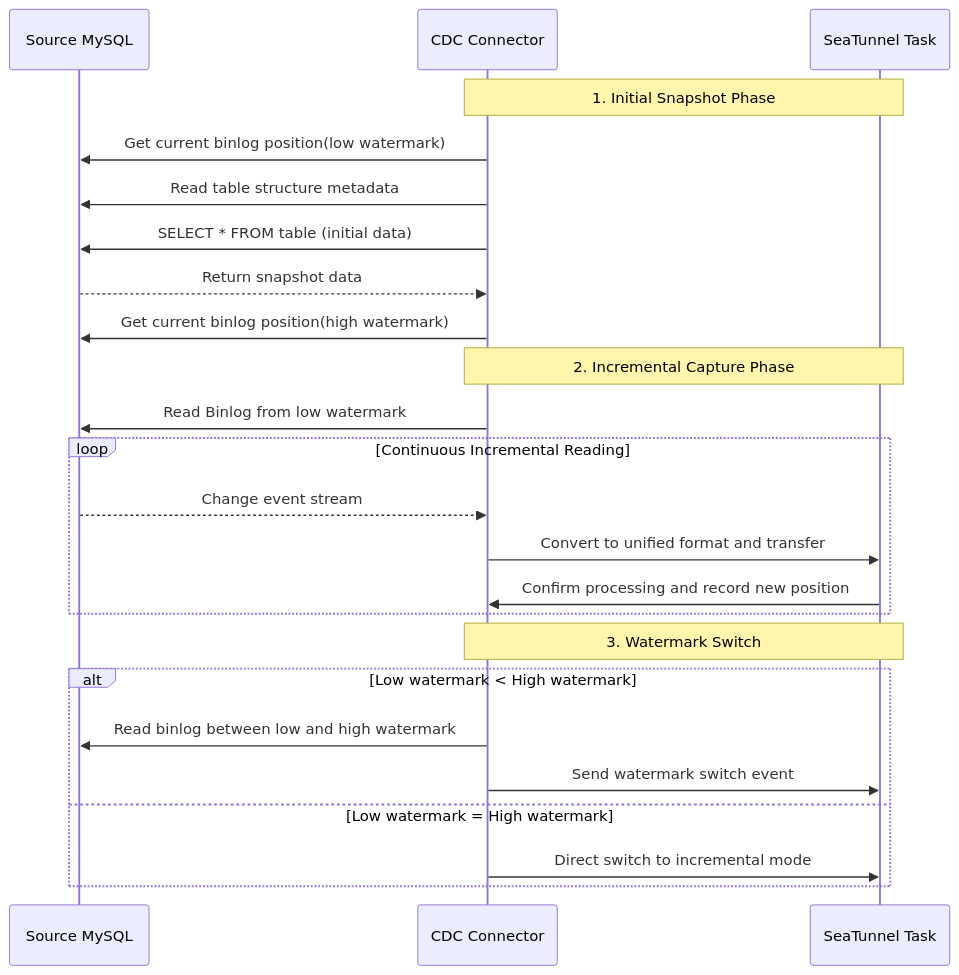
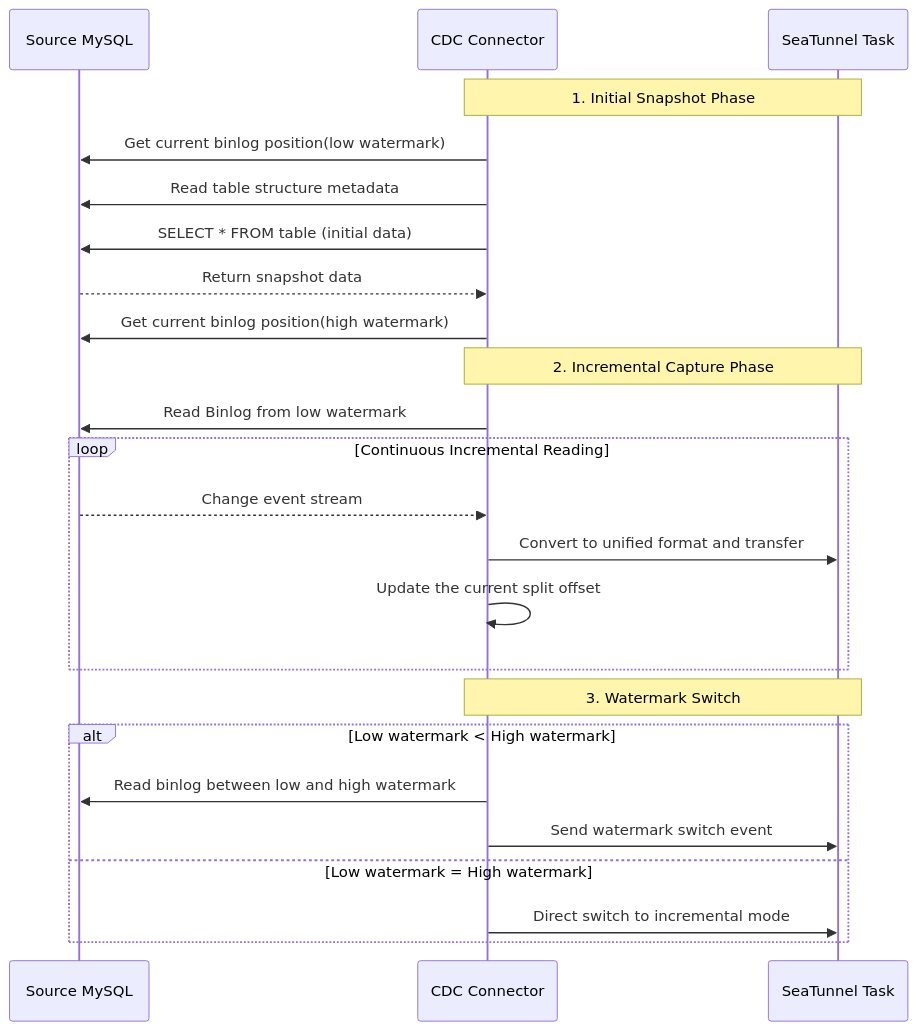
Before and after one commit to apache/seatunnel-website: the third of 8 diagrams in blog/2026-07-25-seatunnel-zero-loss-zero-duplication-data-consistency.md, drawn with Mermaid. The commit also changed other lines of this file and 1 other file, not shown here.

````diff
--- a/blog/2026-07-25-seatunnel-zero-loss-zero-duplication-data-consistency.md
+++ b/blog/2026-07-25-seatunnel-zero-loss-zero-duplication-data-consistency.md
@@ -134,29 +140,29 @@
 ```mermaid
 sequenceDiagram
     participant Source MySQL
     participant CDC Connector
     participant SeaTunnel Task
 
     Note over CDC Connector,SeaTunnel Task: 1. Initial Snapshot Phase
     CDC Connector->>Source MySQL: Get current binlog position(low watermark)
     CDC Connector->>Source MySQL: Read table structure metadata
     CDC Connector->>Source MySQL: SELECT * FROM table (initial data)
     Source MySQL-->>CDC Connector: Return snapshot data
     CDC Connector->>Source MySQL: Get current binlog position(high watermark)
 
     Note over CDC Connector,SeaTunnel Task: 2. Incremental Capture Phase
     CDC Connector->>Source MySQL: Read Binlog from low watermark
     loop Continuous Incremental Reading
         Source MySQL-->>CDC Connector: Change event stream
         CDC Connector->>SeaTunnel Task: Convert to unified format and transfer
-        SeaTunnel Task->>CDC Connector: Confirm processing and record new position
+        CDC Connector->>CDC Connector: Update the current split offset
     end
 
     Note over CDC Connector,SeaTunnel Task: 3. Watermark Switch
     alt Low watermark < High watermark
         CDC Connector->>Source MySQL: Read binlog between low and high watermark
         CDC Connector->>SeaTunnel Task: Send watermark switch event
     else Low watermark = High watermark
         CDC Connector->>SeaTunnel Task: Direct switch to incremental mode
     end
 ```
````
